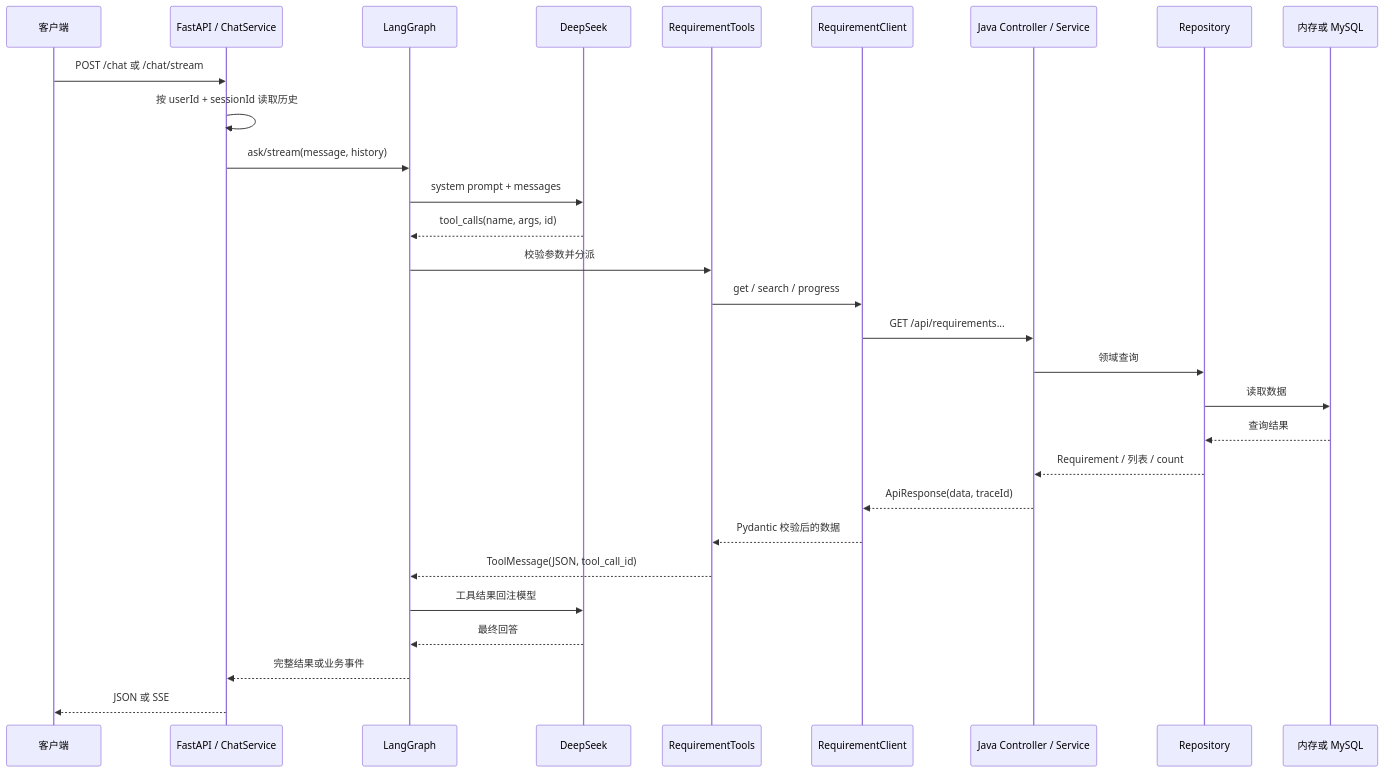
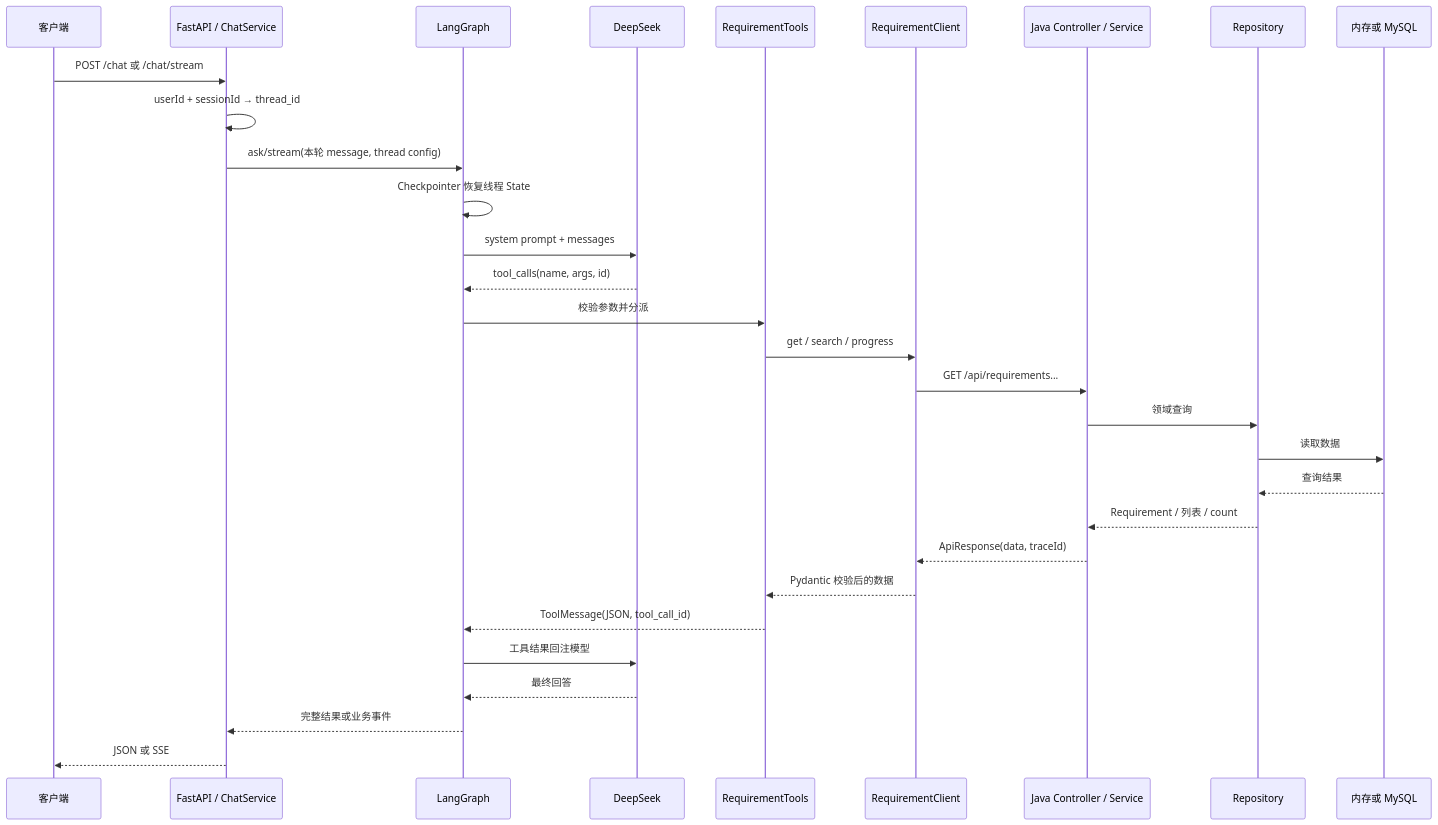
Before and after one commit to enabler666/enterprise-agent-demo: the second of 3 diagrams in docs/current-flow.md, drawn with Mermaid. The commit also changed other lines of this file and 20 other files, not shown here.

````diff
--- a/docs/current-flow.md
+++ b/docs/current-flow.md
@@ -65,32 +65,33 @@
 ```mermaid
 sequenceDiagram
     participant U as 客户端
     participant F as FastAPI / ChatService
     participant G as LangGraph
     participant L as DeepSeek
     participant T as RequirementTools
     participant H as RequirementClient
     participant J as Java Controller / Service
     participant R as Repository
     participant D as 内存或 MySQL
 
     U->>F: POST /chat 或 /chat/stream
-    F->>F: 按 userId + sessionId 读取历史
-    F->>G: ask/stream(message, history)
+    F->>F: userId + sessionId → thread_id
+    F->>G: ask/stream(本轮 message, thread config)
+    G->>G: Checkpointer 恢复线程 State
     G->>L: system prompt + messages
     L-->>G: tool_calls(name, args, id)
     G->>T: 校验参数并分派
     T->>H: get / search / progress
     H->>J: GET /api/requirements...
     J->>R: 领域查询
     R->>D: 读取数据
     D-->>R: 查询结果
     R-->>J: Requirement / 列表 / count
     J-->>H: ApiResponse(data, traceId)
     H-->>T: Pydantic 校验后的数据
     T-->>G: ToolMessage(JSON, tool_call_id)
     G->>L: 工具结果回注模型
     L-->>G: 最终回答
     G-->>F: 完整结果或业务事件
     F-->>U: JSON 或 SSE
 ```
````
